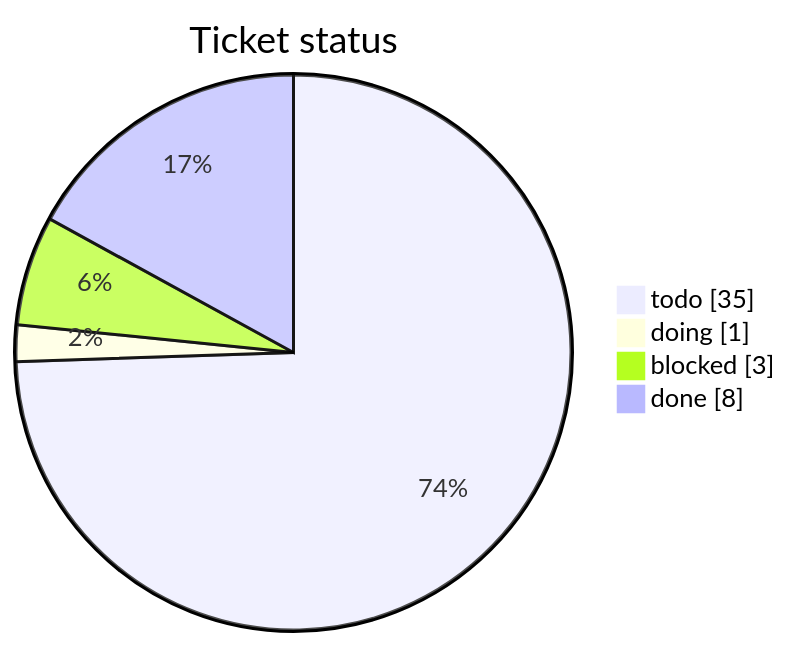
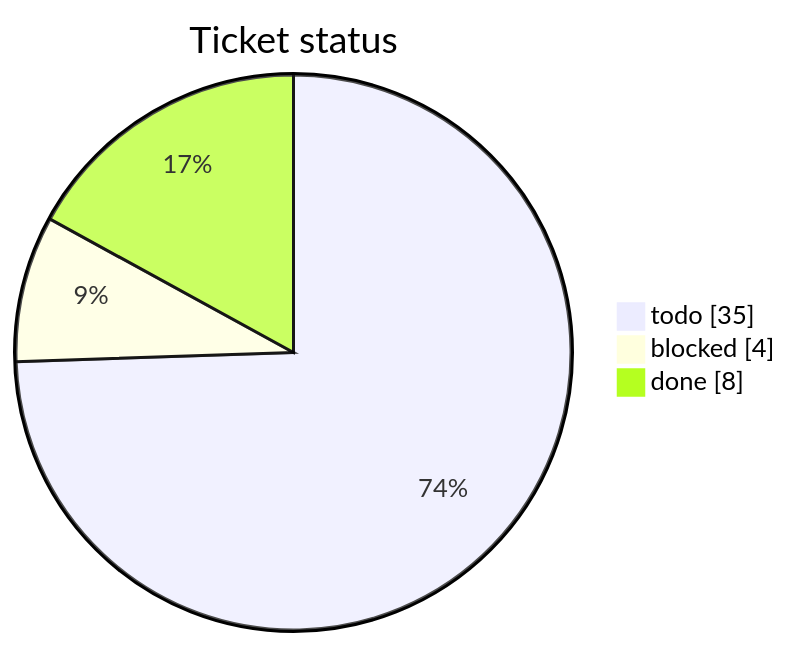
Before and after one commit to mohamed-soubhi/bootlab-esp: the first of 3 diagrams in tickets/TICKETS.md, drawn with Mermaid. The commit also changed other lines of this file and 1 other file, not shown here.

Commit message:
BL-014 -> blocked: AC requires Zephyr native_sim + IDF linux builds; Zephyr path on hold + throttle != 0x0. Schema/packaging verified (13/13, cmake -P both branches); ESP_PLATFORM grounded in build-system.rst:1227. Not sufficient to close per AC.

````diff
--- a/tickets/TICKETS.md
+++ b/tickets/TICKETS.md
@@ -10,7 +10,6 @@
 ```mermaid
 pie showData title Ticket status
     "todo" : 35
-    "doing" : 1
-    "blocked" : 3
+    "blocked" : 4
     "done" : 8
 ```
````
